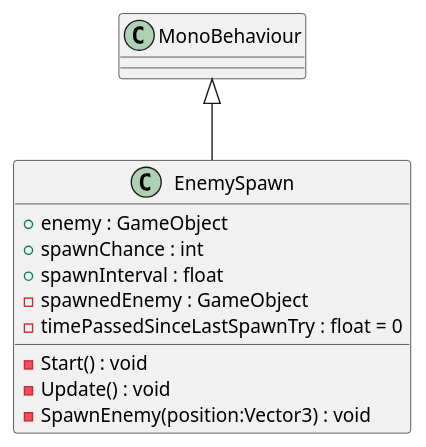
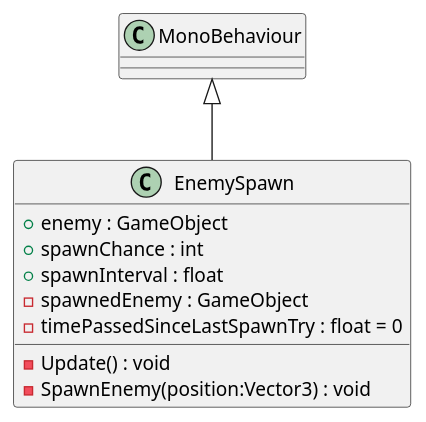
The diagram in Assets/Scripts/UML/EnemySpawn.puml (JustACupOfTea/hashtagsavetheocean), drawn with PlantUML before and after one commit. The commit also changed 12 other files, not shown here.

Commit message:
final plantuml

```diff
--- a/Assets/Scripts/UML/EnemySpawn.puml
+++ b/Assets/Scripts/UML/EnemySpawn.puml
@@ -1,13 +1,12 @@
 @startuml
 class EnemySpawn {
     + enemy : GameObject
     + spawnChance : int
     + spawnInterval : float
     - spawnedEnemy : GameObject
     - timePassedSinceLastSpawnTry : float = 0
-    - Start() : void
     - Update() : void
     - SpawnEnemy(position:Vector3) : void
 }
 MonoBehaviour <|-- EnemySpawn
 @enduml
```
